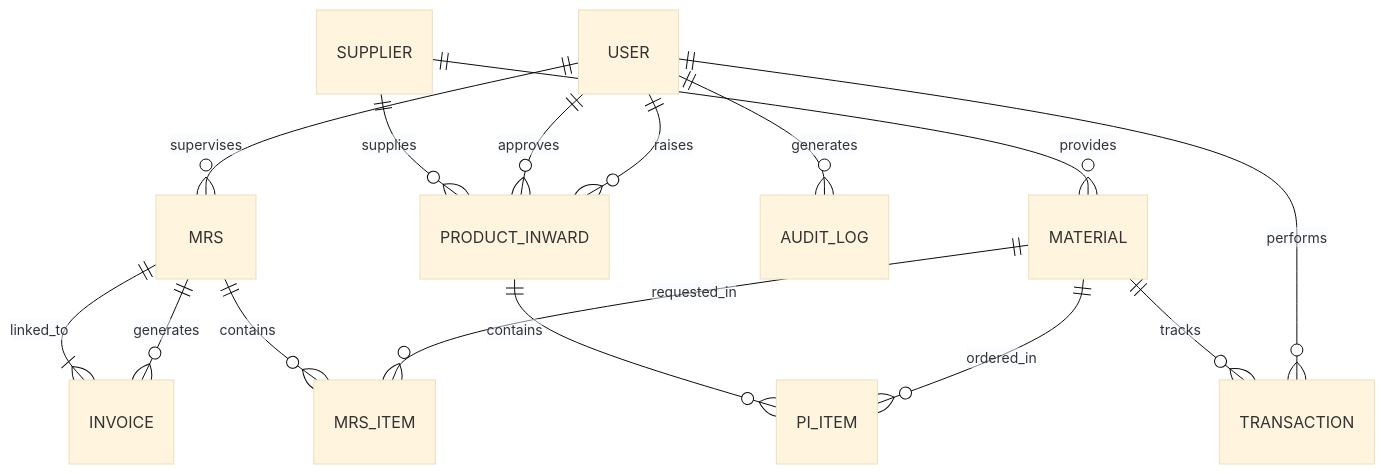
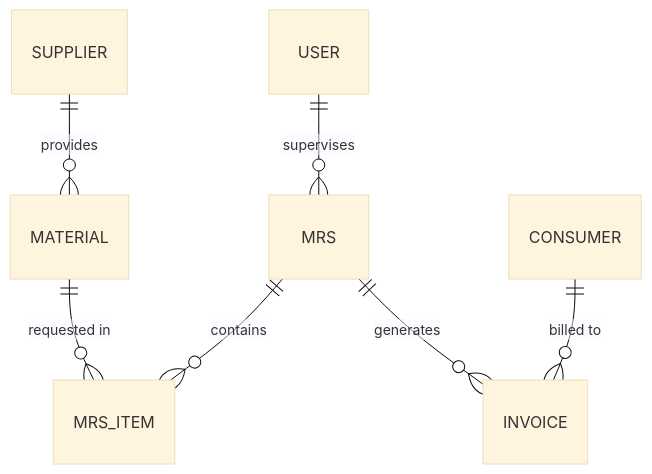
One commit to Abiram08/Stock-Management-Application changed the diagram in DB_SCHEMA.md. Above: the diagram before and after it, drawn with Mermaid (base theme). The commit also changed other lines of this file and 27 other files, not shown here.

Commit message:
feat: add status filters, fix UI visibility, and update DB schema

````diff
--- a/DB_SCHEMA.md
+++ b/DB_SCHEMA.md
@@ -9,22 +69,9 @@
 ```mermaid
 erDiagram
-    USER ||--o{ MRS : supervises
-    USER ||--o{ PRODUCT_INWARD : raises
-    USER ||--o{ PRODUCT_INWARD : approves
-    USER ||--o{ TRANSACTION : performs
-    USER ||--o{ AUDIT_LOG : generates
-
-    SUPPLIER ||--o{ MATERIAL : provides
-    SUPPLIER ||--o{ PRODUCT_INWARD : supplies
-
-    MATERIAL ||--o{ MRS_ITEM : requested_in
-    MATERIAL ||--o{ PI_ITEM : ordered_in
-    MATERIAL ||--o{ TRANSACTION : tracks
-
-    MRS ||--o{ MRS_ITEM : contains
-    MRS ||--o{ INVOICE : generates
-
-    PRODUCT_INWARD ||--o{ PI_ITEM : contains
-
-    INVOICE }|--|| MRS : linked_to
+    SUPPLIER ||--o{ MATERIAL : "provides"
+    MATERIAL ||--o{ MRS_ITEM : "requested in"
+    USER ||--o{ MRS : "supervises"
+    MRS ||--o{ MRS_ITEM : "contains"
+    MRS ||--o{ INVOICE : "generates"
+    CONSUMER ||--o{ INVOICE : "billed to"
 ```
````
